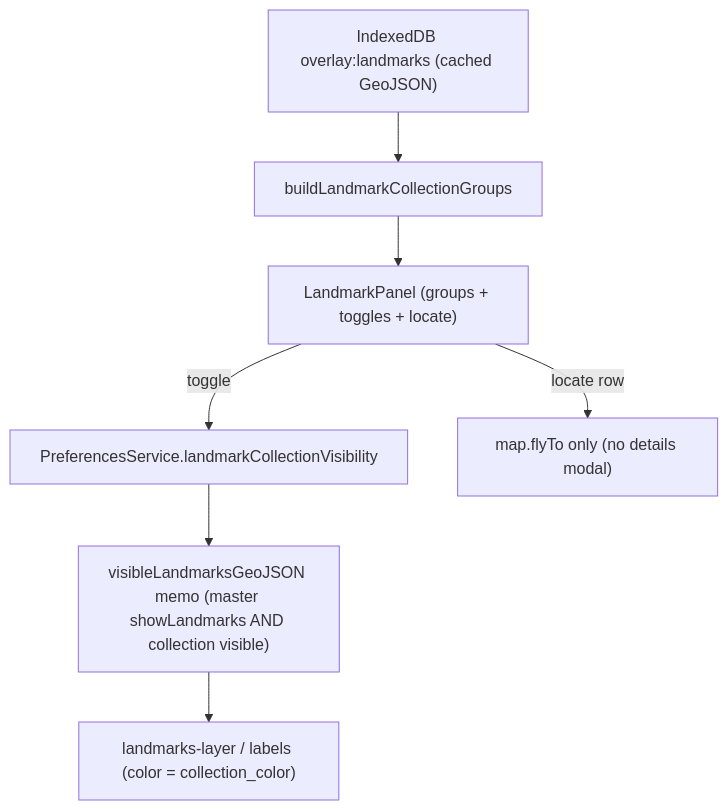
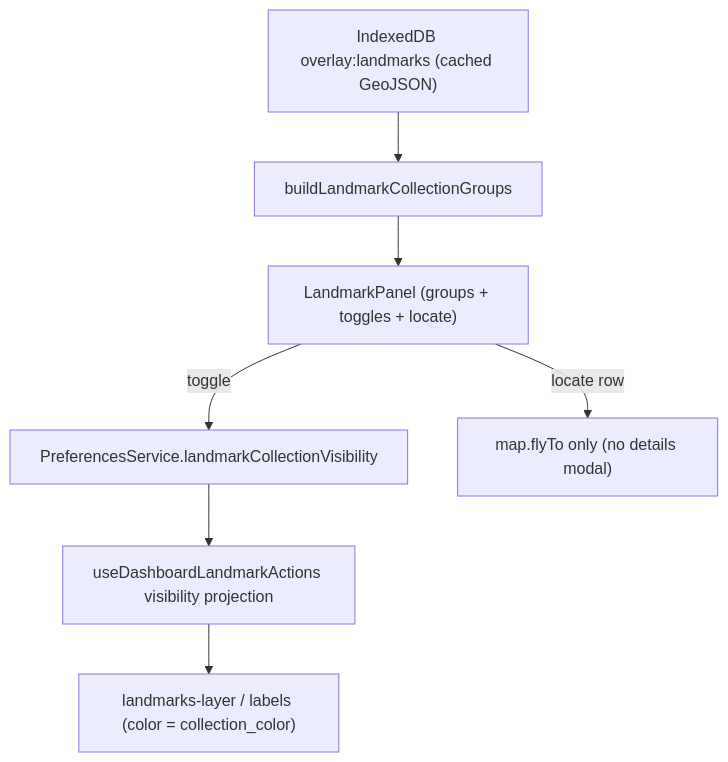
Before and after one commit to OpenSpeleo/SpeleoDB-App: the diagram in docs/landmark-collections.md, drawn with Mermaid. The commit also changed other lines of this file and 18 other files, not shown here.

````diff
--- a/docs/landmark-collections.md
+++ b/docs/landmark-collections.md
@@ -62,9 +62,9 @@
 ```mermaid
 flowchart TD
   cache["IndexedDB overlay:landmarks (cached GeoJSON)"] --> groups["buildLandmarkCollectionGroups"]
   groups --> panel["LandmarkPanel (groups + toggles + locate)"]
   panel -->|toggle| prefs["PreferencesService.landmarkCollectionVisibility"]
-  prefs --> visible["visibleLandmarksGeoJSON memo (master showLandmarks AND collection visible)"]
+  prefs --> visible["useDashboardLandmarkActions visibility projection"]
   visible --> layers["landmarks-layer / labels (color = collection_color)"]
   panel -->|locate row| fly["map.flyTo only (no details modal)"]
 ```
````
